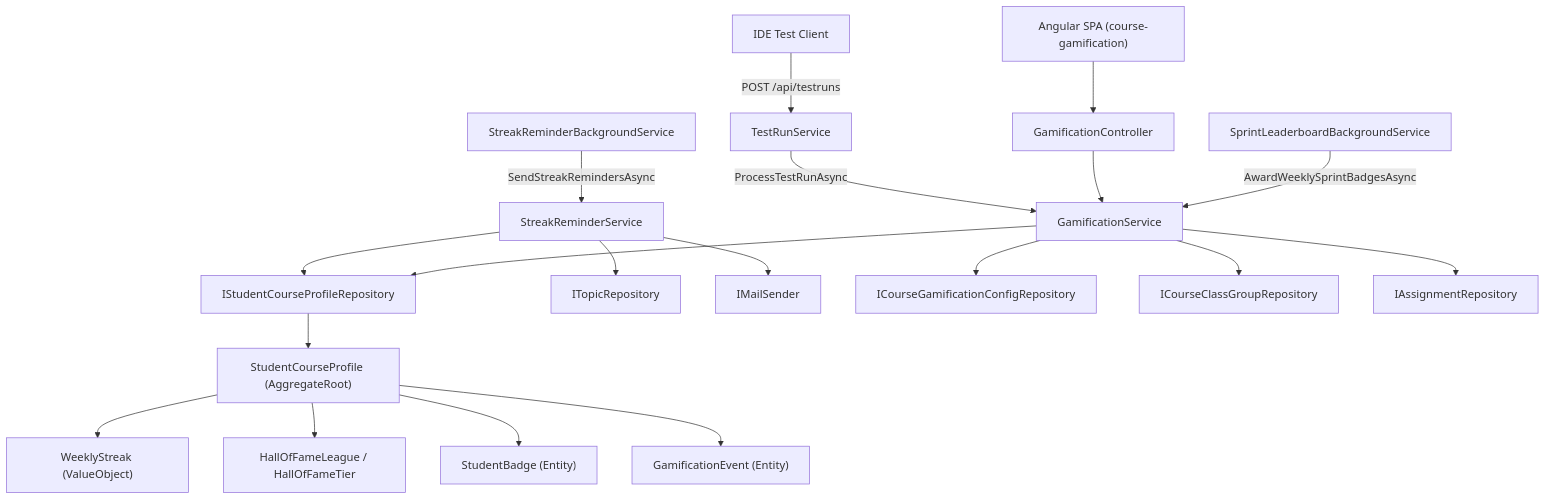
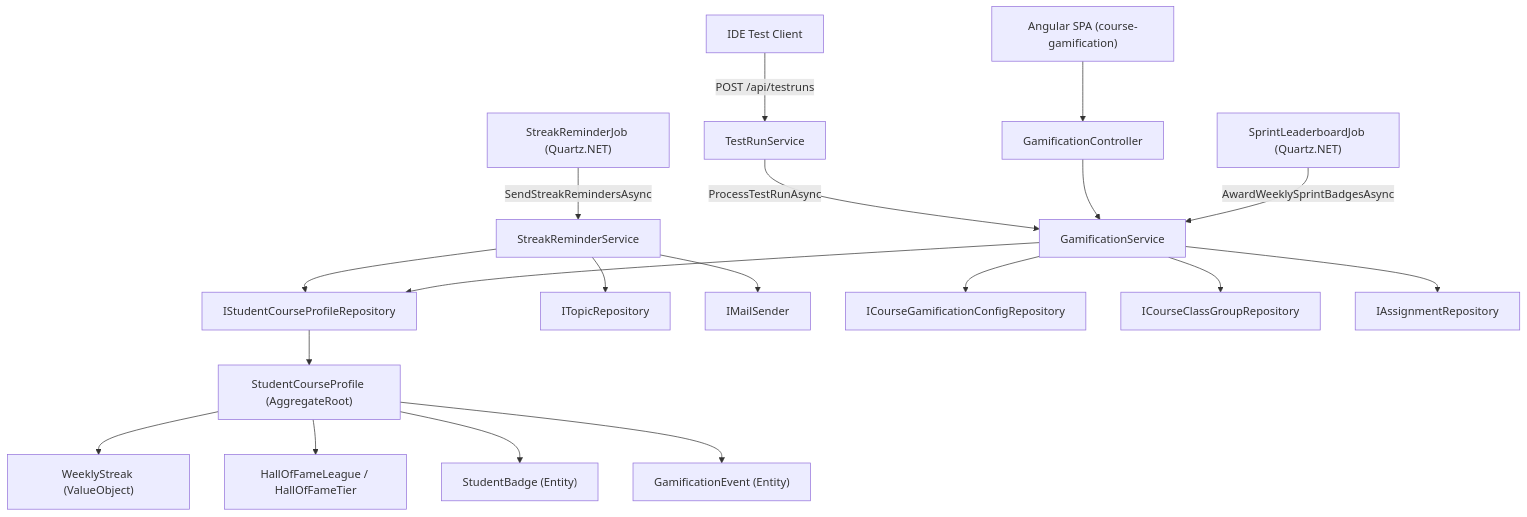
Before and after one commit to PXL-IT-NET/Guts: the diagram in Backoffice/specs/002-gamification/design.md, drawn with Mermaid. The commit also changed other lines of this file and 46 other files, not shown here.

````diff
--- a/Backoffice/specs/002-gamification/design.md
+++ b/Backoffice/specs/002-gamification/design.md
@@ -13,21 +13,21 @@
 ```mermaid
 flowchart TD
     IDE["IDE Test Client"] -->|POST /api/testruns| TRS["TestRunService"]
     TRS -->|ProcessTestRunAsync| GS["GamificationService"]
     SPA["Angular SPA (course-gamification)"] --> GC["GamificationController"]
     GC --> GS
-    BG["SprintLeaderboardBackgroundService"] -->|AwardWeeklySprintBadgesAsync| GS
-    SRBG["StreakReminderBackgroundService"] -->|SendStreakRemindersAsync| SRS["StreakReminderService"]
+    BG["SprintLeaderboardJob (Quartz.NET)"] -->|AwardWeeklySprintBadgesAsync| GS
+    SRBG["StreakReminderJob (Quartz.NET)"] -->|SendStreakRemindersAsync| SRS["StreakReminderService"]
     SRS --> SCPR["IStudentCourseProfileRepository"]
     SRS --> TR["ITopicRepository"]
     SRS --> MS["IMailSender"]
     GS --> SCPR
     GS --> CGCR["ICourseGamificationConfigRepository"]
     GS --> CCGR["ICourseClassGroupRepository"]
     GS --> AR["IAssignmentRepository"]
     SCPR --> SCP["StudentCourseProfile (AggregateRoot)"]
     SCP --> WS["WeeklyStreak (ValueObject)"]
     SCP --> HOFL["HallOfFameLeague / HallOfFameTier"]
     SCP --> SB["StudentBadge (Entity)"]
     SCP --> GE["GamificationEvent (Entity)"]
 ```
````
